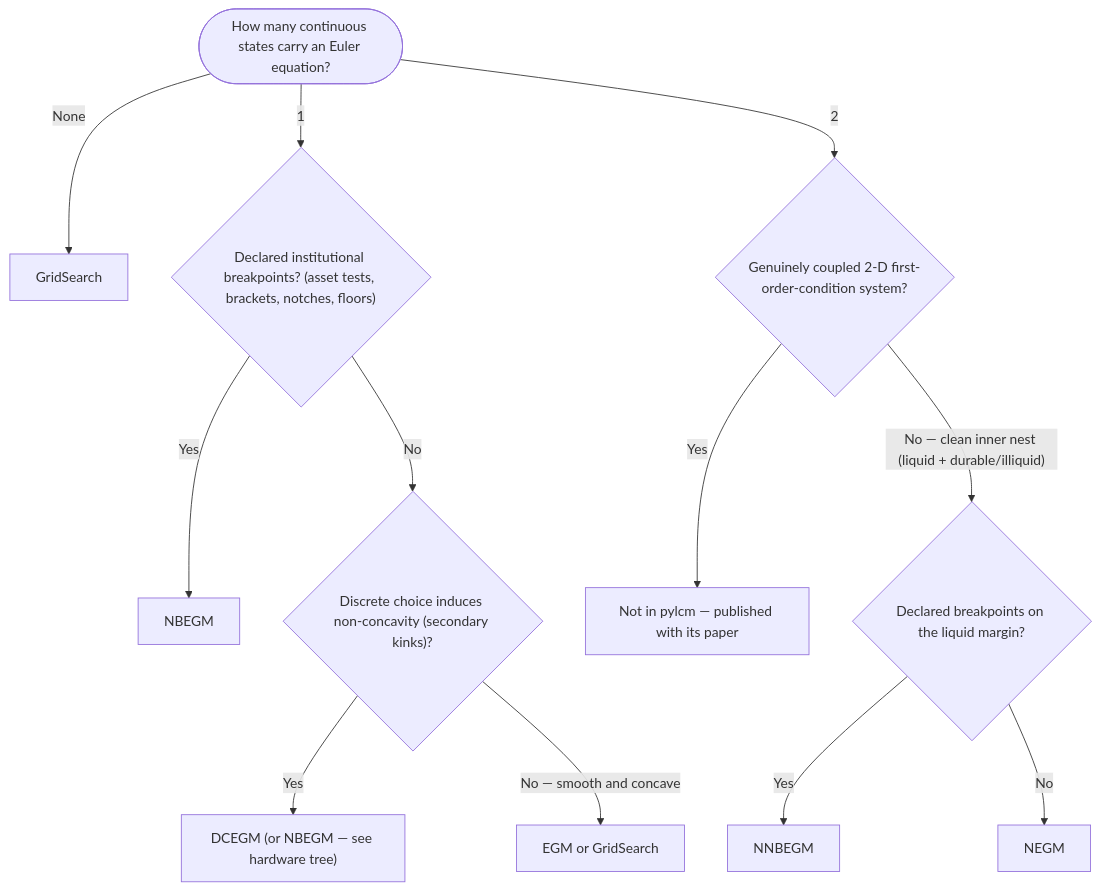
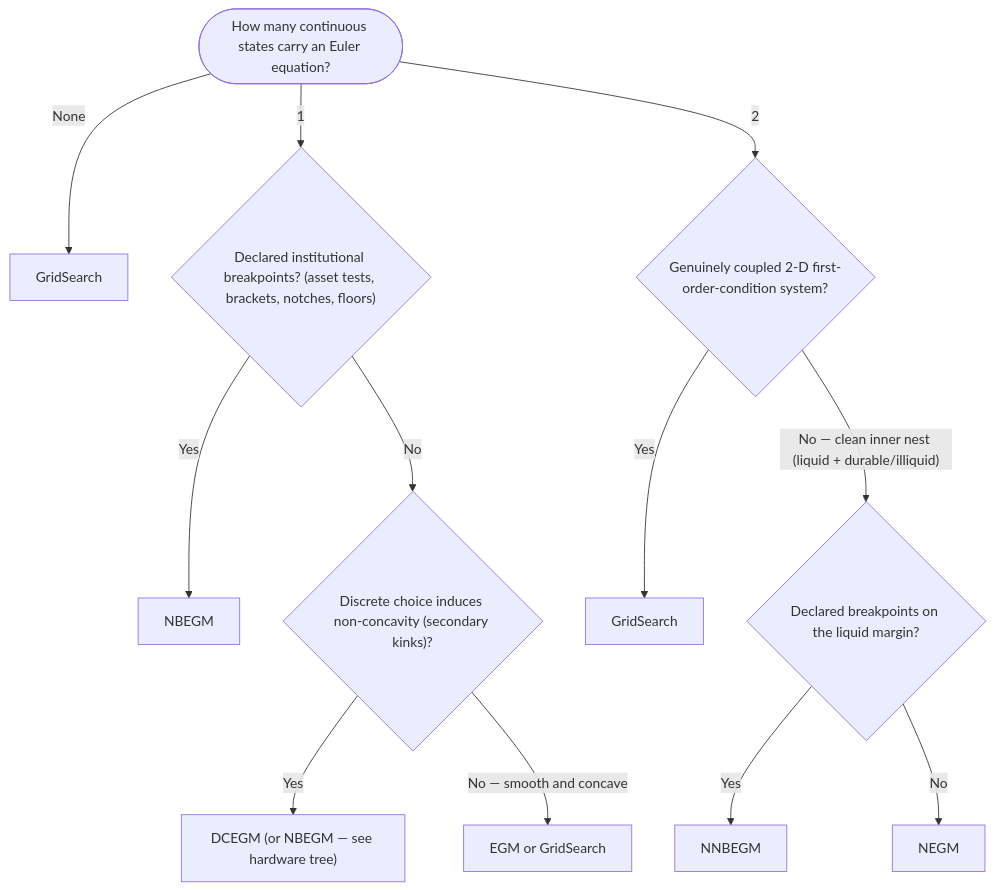
The first of 2 diagrams in docs/user_guide/choosing_a_solver.md (OpenSourceEconomics/pylcm), drawn with Mermaid before and after one commit. The commit also changed other lines of this file, not shown here.

First line of the commit message:
DOC Send a coupled 2-D Euler system to GridSearch, not out of pylcm

````diff
--- a/docs/user_guide/choosing_a_solver.md
+++ b/docs/user_guide/choosing_a_solver.md
@@ -29,19 +29,19 @@
 ```{mermaid}
 flowchart TD
     q0(["How many continuous states carry an Euler equation?"])
     q0 -->|"None"| gs0["GridSearch"]
     q0 -->|"1"| qbp{"Declared institutional breakpoints? (asset tests, brackets, notches, floors)"}
     q0 -->|"2"| q2d{"Genuinely coupled 2-D first-order-condition system?"}
 
-    q2d -->|"Yes"| twodim["Not in pylcm — published with its paper"]
+    q2d -->|"Yes"| twodim["GridSearch"]
     q2d -->|"No — clean inner nest (liquid + durable/illiquid)"| qnest{"Declared breakpoints on the liquid margin?"}
 
     qnest -->|"Yes"| nnbegm["NNBEGM"]
     qnest -->|"No"| negm["NEGM"]
 
     qbp -->|"Yes"| nbegm["NBEGM"]
     qbp -->|"No"| qdc{"Discrete choice induces non-concavity (secondary kinks)?"}
 
     qdc -->|"Yes"| dcegm["DCEGM (or NBEGM — see hardware tree)"]
     qdc -->|"No — smooth and concave"| egm["EGM or GridSearch"]
 ```
````
